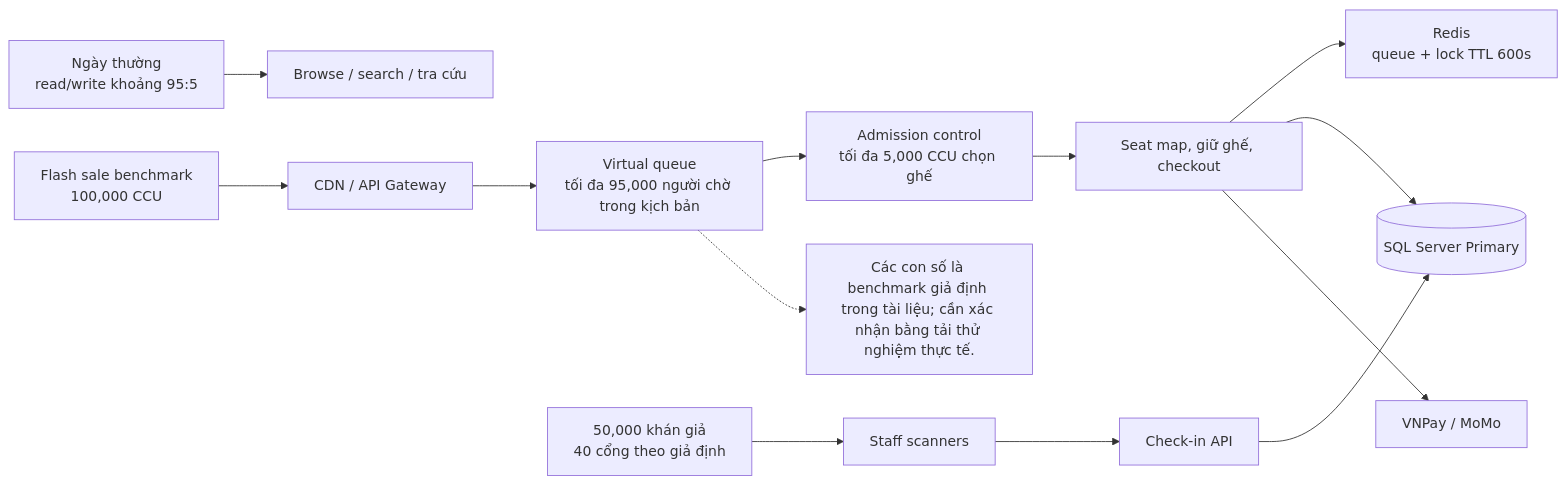
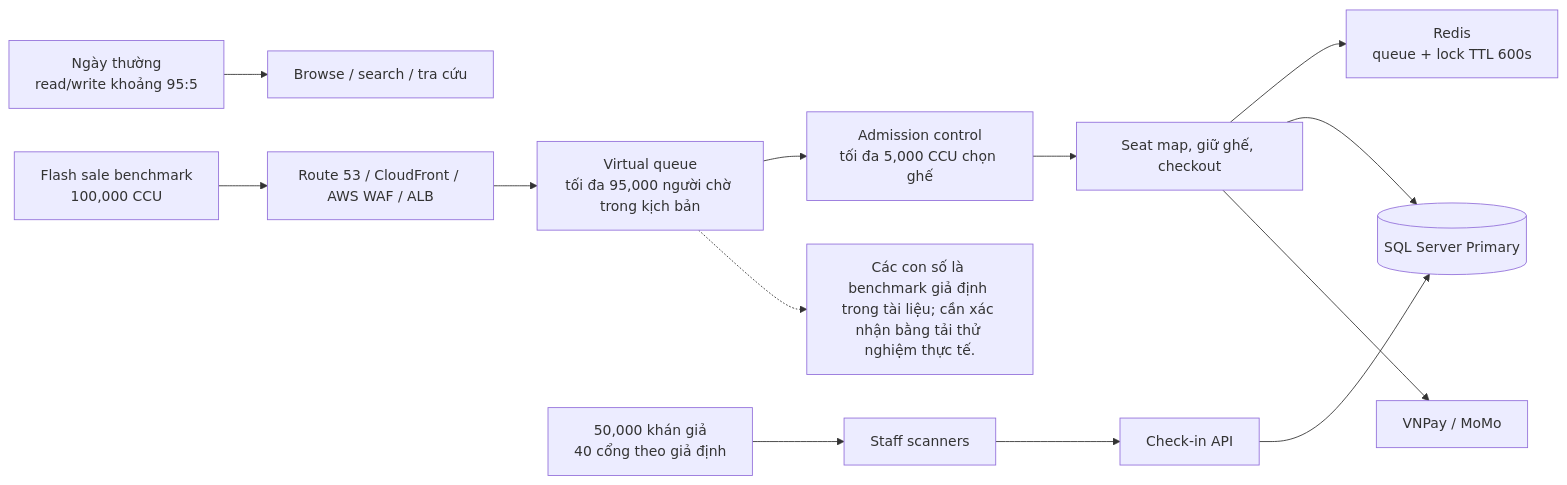
The diagram in business-analysis/04_Capacity_Planning_And_Resource_Estimation/01_Traffic_And_Throughput_Estimation_(QPS_CCU).md (toanteng11/concert-ticketing-docs), drawn with Mermaid before and after one commit. The commit also changed other lines of this file and 43 other files, not shown here.

````diff
--- a/business-analysis/04_Capacity_Planning_And_Resource_Estimation/01_Traffic_And_Throughput_Estimation_(QPS_CCU).md
+++ b/business-analysis/04_Capacity_Planning_And_Resource_Estimation/01_Traffic_And_Throughput_Estimation_(QPS_CCU).md
@@ -101,14 +101,14 @@
 ```mermaid
 flowchart LR
   ordinary["Ngày thường<br/>read/write khoảng 95:5"] --> catalog["Browse / search / tra cứu"]
-  sale["Flash sale benchmark<br/>100,000 CCU"] --> edge["CDN / API Gateway"]
+  sale["Flash sale benchmark<br/>100,000 CCU"] --> edge["Route 53 / CloudFront / AWS WAF / ALB"]
   edge --> queue["Virtual queue<br/>tối đa 95,000 người chờ trong kịch bản"]
   queue --> admission["Admission control<br/>tối đa 5,000 CCU chọn ghế"]
   admission --> booking["Seat map, giữ ghế, checkout"]
   booking --> redis["Redis<br/>queue + lock TTL 600s"]
   booking --> sql[("SQL Server Primary")]
   booking --> gateway["VNPay / MoMo"]
   attendees["50,000 khán giả<br/>40 cổng theo giả định"] --> scanners["Staff scanners"] --> checkin["Check-in API"] --> sql
   note["Các con số là benchmark giả định trong tài liệu; cần xác nhận bằng tải thử nghiệm thực tế."]
   queue -.-> note
 ```
````
